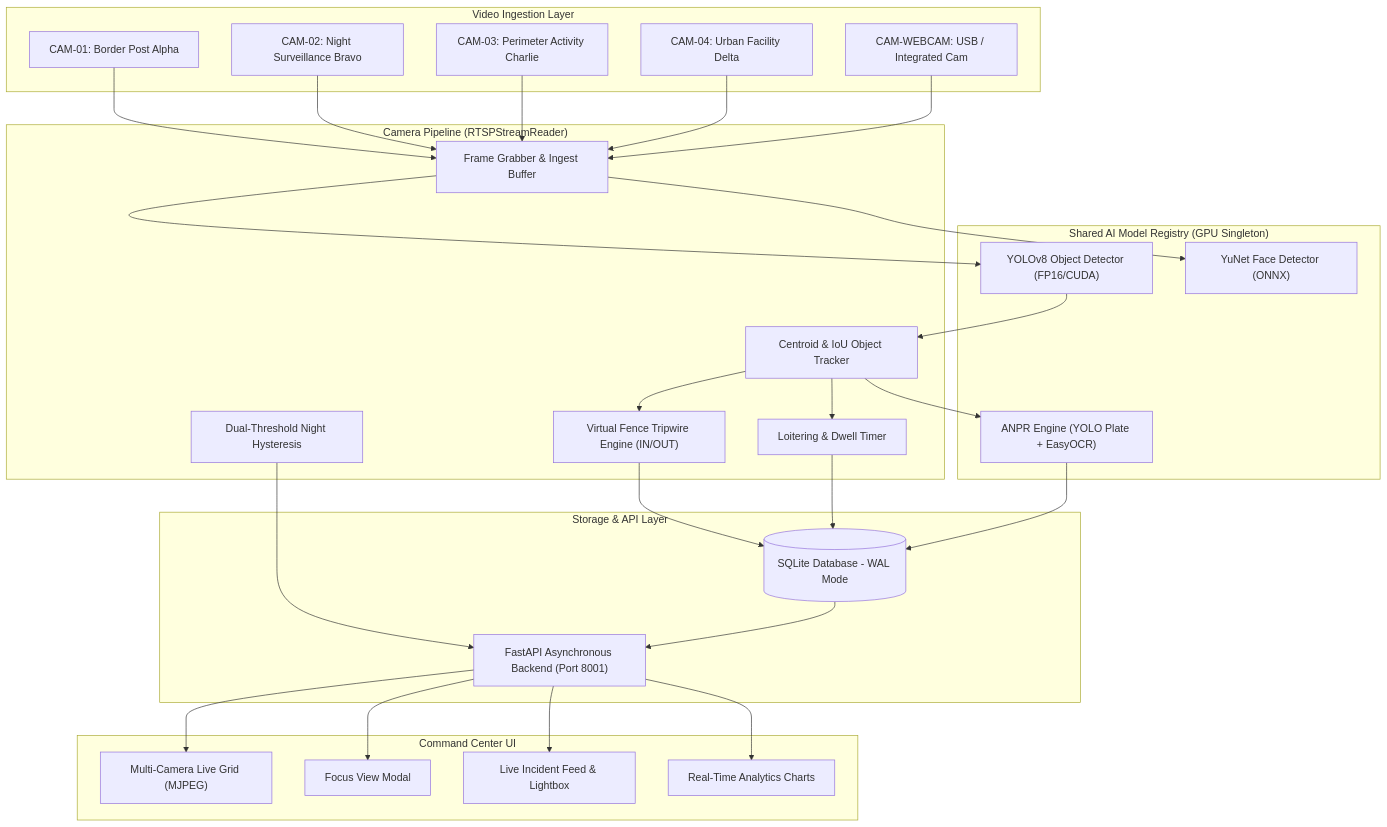
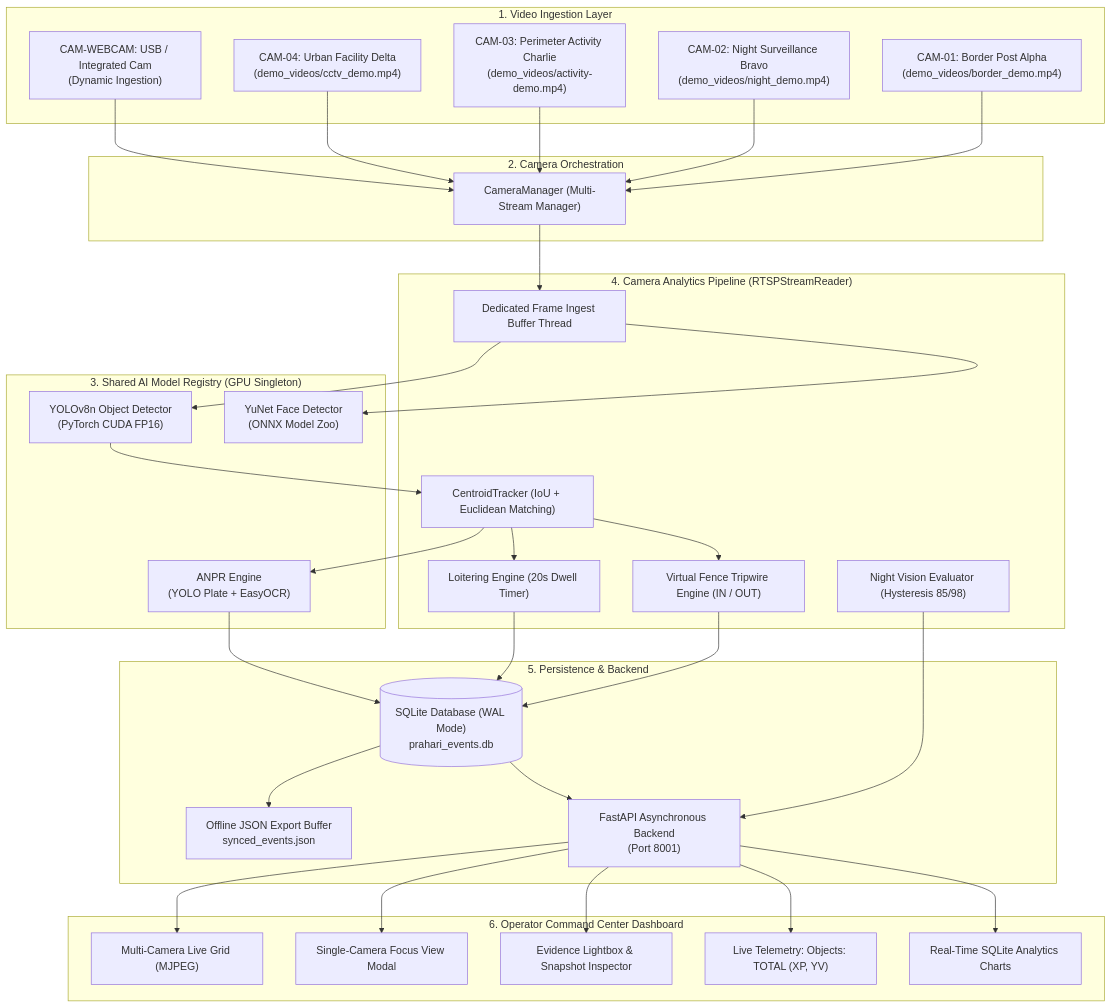
Before and after one commit to abhishek-khairnar/PRAHARI-AI: the first of 2 diagrams in README.md, drawn with Mermaid. The commit also changed other lines of this file, not shown here.

````diff
--- a/README.md
+++ b/README.md
@@ -83,46 +126,54 @@
 ```mermaid
 flowchart TD
-    subgraph Ingestion["Video Ingestion Layer"]
-        CAM1["CAM-01: Border Post Alpha"]
-        CAM2["CAM-02: Night Surveillance Bravo"]
-        CAM3["CAM-03: Perimeter Activity Charlie"]
-        CAM4["CAM-04: Urban Facility Delta"]
-        WEBCAM["CAM-WEBCAM: USB / Integrated Cam"]
+    subgraph Ingestion["1. Video Ingestion Layer"]
+        CAM1["CAM-01: Border Post Alpha\n(demo_videos/border_demo.mp4)"]
+        CAM2["CAM-02: Night Surveillance Bravo\n(demo_videos/night_demo.mp4)"]
+        CAM3["CAM-03: Perimeter Activity Charlie\n(demo_videos/activity-demo.mp4)"]
+        CAM4["CAM-04: Urban Facility Delta\n(demo_videos/cctv_demo.mp4)"]
+        WEBCAM["CAM-WEBCAM: USB / Integrated Cam\n(Dynamic Ingestion)"]
     end
 
-    subgraph Registry["Shared AI Model Registry (GPU Singleton)"]
-        YOLO["YOLOv8 Object Detector (FP16/CUDA)"]
-        YUNET["YuNet Face Detector (ONNX)"]
-        ANPR_M["ANPR Engine (YOLO Plate + EasyOCR)"]
+    subgraph Manager["2. Camera Orchestration"]
+        CM["CameraManager (Multi-Stream Manager)"]
     end
 
-    subgraph Pipeline["Camera Pipeline (RTSPStreamReader)"]
-        INGEST["Frame Grabber & Ingest Buffer"]
-        TRACK["Centroid & IoU Object Tracker"]
-        FENCE["Virtual Fence Tripwire Engine (IN/OUT)"]
-        NIGHT["Dual-Threshold Night Hysteresis"]
-        LOITER["Loitering & Dwell Timer"]
+    subgraph Registry["3. Shared AI Model Registry (GPU Singleton)"]
+        YOLO["YOLOv8n Object Detector\n(PyTorch CUDA FP16)"]
+        YUNET["YuNet Face Detector\n(ONNX Model Zoo)"]
+        ANPR_M["ANPR Engine\n(YOLO Plate + EasyOCR)"]
     end
 
-    subgraph Persistence["Storage & API Layer"]
-        DB[(SQLite Database - WAL Mode)]
-        FASTAPI["FastAPI Asynchronous Backend (Port 8001)"]
+    subgraph Pipeline["4. Camera Analytics Pipeline (RTSPStreamReader)"]
+        INGEST["Dedicated Frame Ingest Buffer Thread"]
+        TRACK["CentroidTracker (IoU + Euclidean Matching)"]
+        FENCE["Virtual Fence Tripwire Engine (IN / OUT)"]
+        NIGHT["Night Vision Evaluator (Hysteresis 85/98)"]
+        LOITER["Loitering Engine (20s Dwell Timer)"]
     end
 
-    subgraph Frontend["Command Center UI"]
-        GRID["Multi-Camera Live Grid (MJPEG)"]
-        FOCUS["Focus View Modal"]
-        INCIDENTS["Live Incident Feed & Lightbox"]
-        ANALYTICS["Real-Time Analytics Charts"]
+    subgraph Storage["5. Persistence & Backend"]
+        DB[("SQLite Database (WAL Mode)\nprahari_events.db")]
+        SYNC["Offline JSON Export Buffer\nsynced_events.json"]
+        FASTAPI["FastAPI Asynchronous Backend\n(Port 8001)"]
     end
 
-    CAM1 & CAM2 & CAM3 & CAM4 & WEBCAM --> INGEST
+    subgraph Presentation["6. Operator Command Center Dashboard"]
+        GRID["Multi-Camera Live Grid (MJPEG)"]
+        FOCUS["Single-Camera Focus View Modal"]
+        LIGHTBOX["Evidence Lightbox & Snapshot Inspector"]
+        METRICS["Live Telemetry: Objects: TOTAL (XP, YV)"]
+        ANALYTICS["Real-Time SQLite Analytics Charts"]
+    end
+
+    CAM1 & CAM2 & CAM3 & CAM4 & WEBCAM --> CM
+    CM --> INGEST
     INGEST --> YOLO & YUNET
     YOLO --> TRACK
     TRACK --> FENCE & LOITER
     TRACK --> ANPR_M
     NIGHT --> FASTAPI
     FENCE & LOITER & ANPR_M --> DB
+    DB --> SYNC
     DB --> FASTAPI
-    FASTAPI --> GRID & FOCUS & INCIDENTS & ANALYTICS
+    FASTAPI --> GRID & FOCUS & LIGHTBOX & METRICS & ANALYTICS
 ```
````
